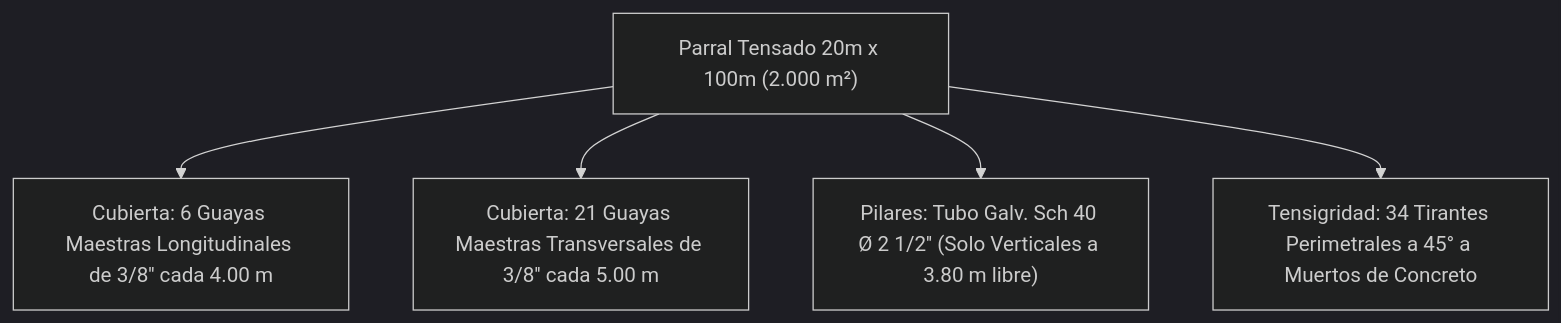
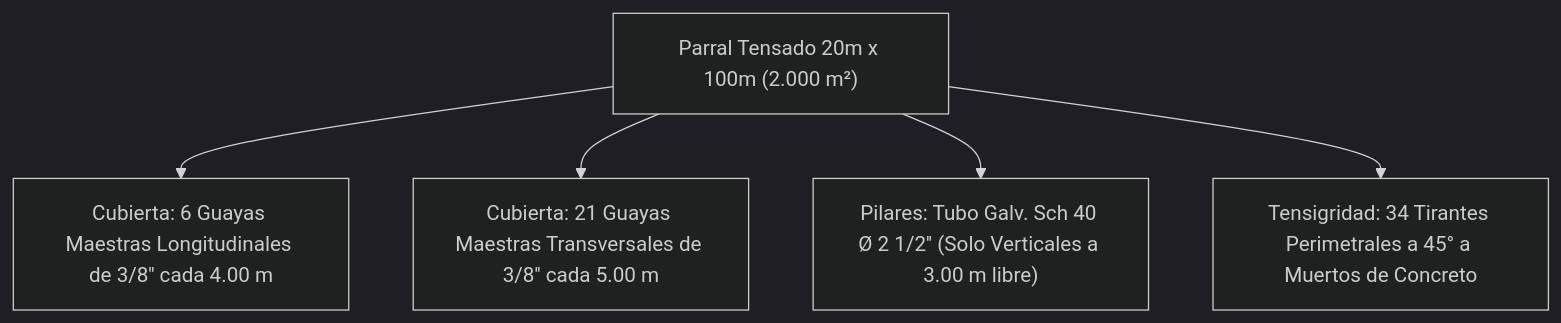
One commit to julljoll/invernadero changed the diagram in CALCULO_TECNICO_TOMATE_QUIBOR.md. Above: the diagram before and after it, drawn with Mermaid (dark theme). The commit also changed other lines of this file and 11 other files, not shown here.

````diff
--- a/CALCULO_TECNICO_TOMATE_QUIBOR.md
+++ b/CALCULO_TECNICO_TOMATE_QUIBOR.md
@@ -71,7 +71,7 @@
 ```mermaid
 graph TD
     A["Parral Tensado 20m x 100m (2.000 m²)"] --> B["Cubierta: 6 Guayas Maestras Longitudinales de 3/8'' cada 4.00 m"]
     A --> C["Cubierta: 21 Guayas Maestras Transversales de 3/8'' cada 5.00 m"]
-    A --> D["Pilares: Tubo Galv. Sch 40 Ø 2 1/2'' (Solo Verticales a 3.80 m libre)"]
+    A --> D["Pilares: Tubo Galv. Sch 40 Ø 2 1/2'' (Solo Verticales a 3.00 m libre)"]
     A --> E["Tensigridad: 34 Tirantes Perimetrales a 45° a Muertos de Concreto"]
 ```
````
